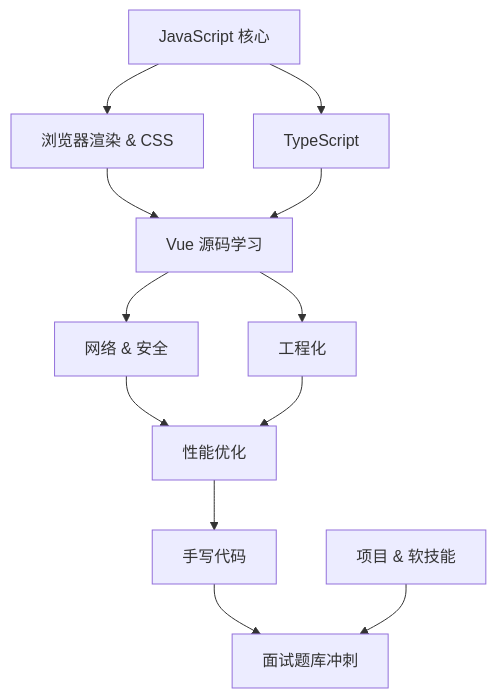
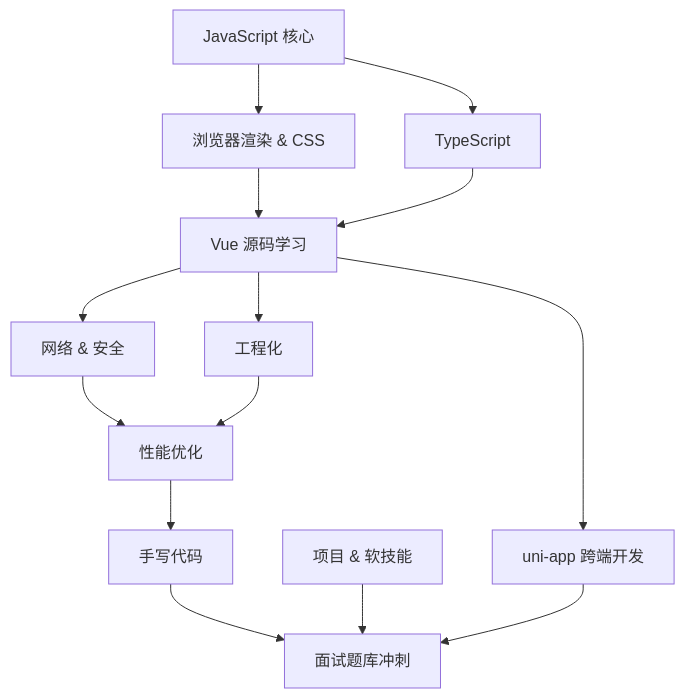
Before and after one commit to zhangshengpeng/learning: the diagram in docs/index.md, drawn with Mermaid. The commit also changed other lines of this file and 14 other files, not shown here.

````diff
--- a/docs/index.md
+++ b/docs/index.md
@@ -89,14 +95,16 @@
 ```mermaid
 graph TD
     A[JavaScript 核心] --> B[浏览器渲染 & CSS]
     A --> C[TypeScript]
     B --> D[Vue 源码学习]
     C --> D
     D --> E[网络 & 安全]
     D --> F[工程化]
     E --> G[性能优化]
     F --> G
     G --> H[手写代码]
     H --> I[面试题库冲刺]
     J[项目 & 软技能] --> I
+    D --> K[uni-app 跨端开发]
+    K --> I
 ```
````
